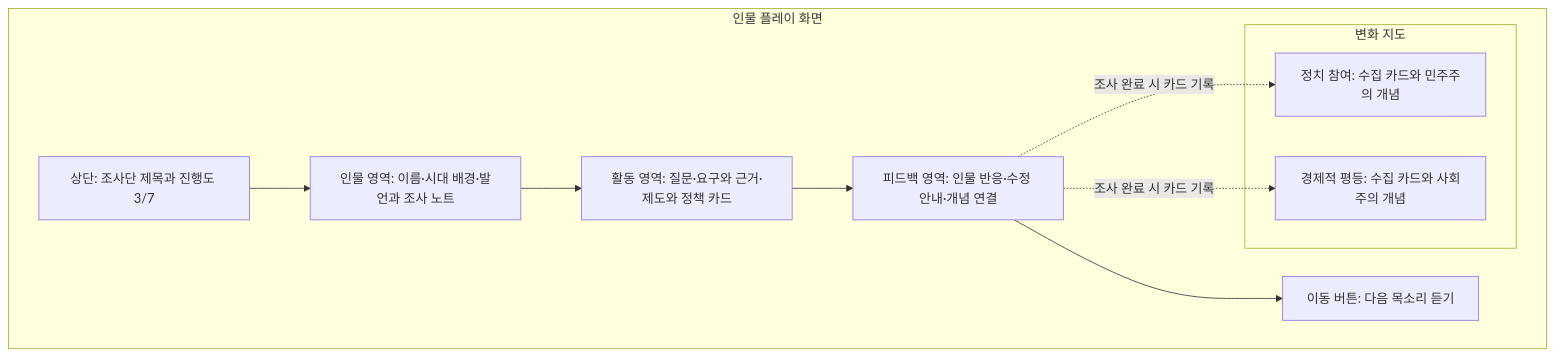
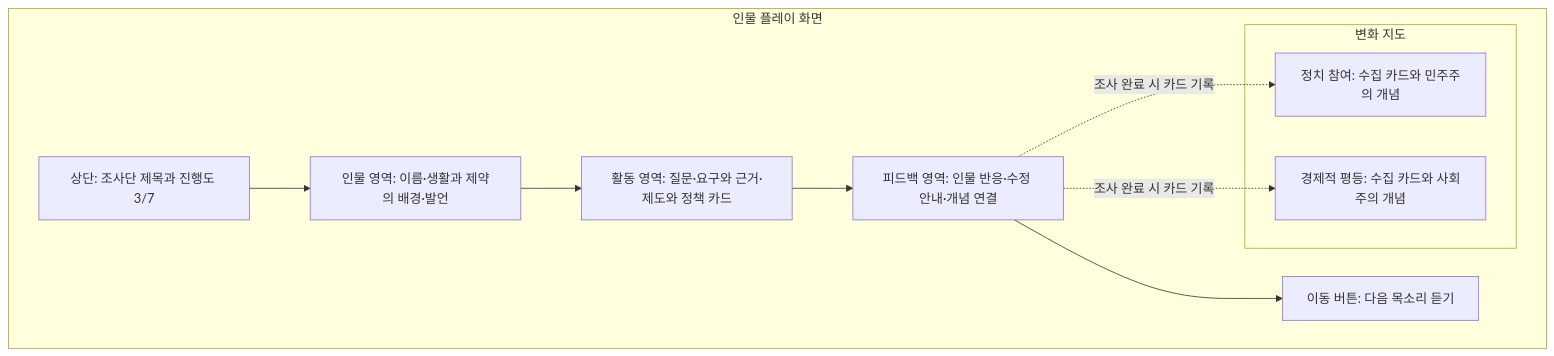
The third of 6 diagrams in docs/DIAGRAMS.md (bon17/1919choice), drawn with Mermaid before and after one commit. The commit also changed other lines of this file and 9 other files, not shown here.

````diff
--- a/docs/DIAGRAMS.md
+++ b/docs/DIAGRAMS.md
@@ -50,17 +50,17 @@
 ```mermaid
 flowchart TB
     subgraph Screen[인물 플레이 화면]
         A[상단: 조사단 제목과 진행도 3/7]
-        B[인물 영역: 이름·시대 배경·발언과 조사 노트]
+        B[인물 영역: 이름·생활과 제약의 배경·발언]
         C[활동 영역: 질문·요구와 근거·제도와 정책 카드]
         D[피드백 영역: 인물 반응·수정 안내·개념 연결]
         E[이동 버튼: 다음 목소리 듣기]
         subgraph Map[변화 지도]
             F[정치 참여: 수집 카드와 민주주의 개념]
             G[경제적 평등: 수집 카드와 사회주의 개념]
         end
     end
     A --> B --> C --> D --> E
     D -. 조사 완료 시 카드 기록 .-> F
     D -. 조사 완료 시 카드 기록 .-> G
 ```
````
